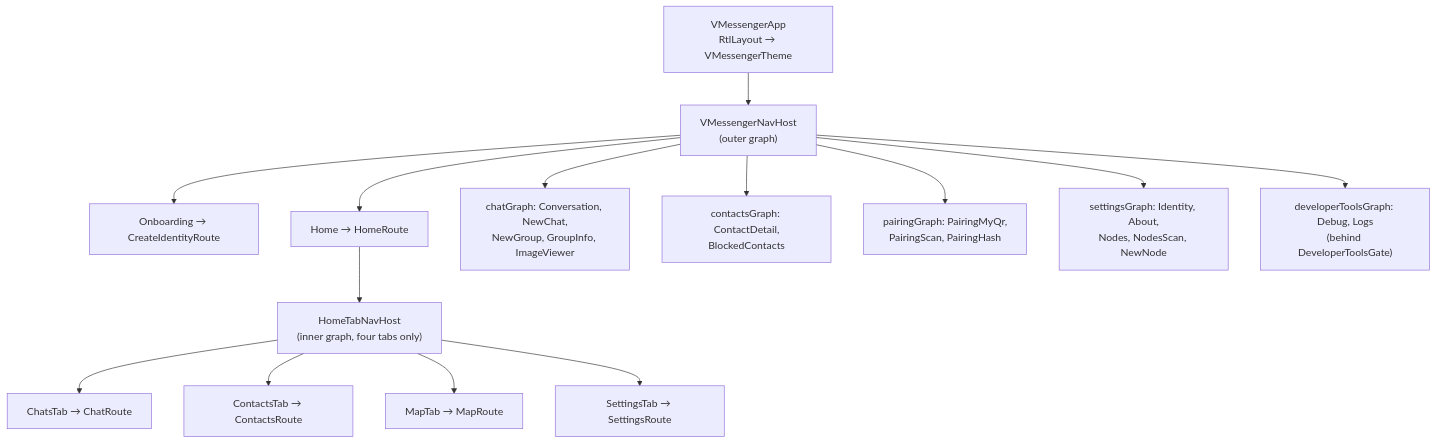
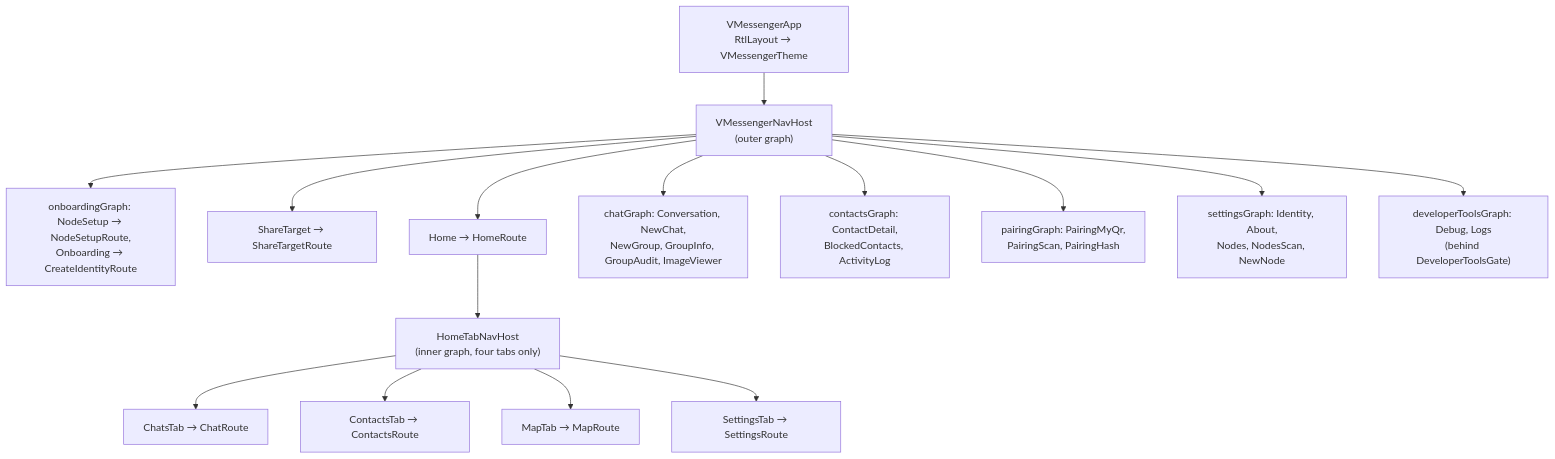
One commit to 0xAsghar/vMessenger changed the diagram in docs/UI.md. Above: the diagram before and after it, drawn with Mermaid. The commit also changed other lines of this file and 16 other files, not shown here.

````diff
--- a/docs/UI.md
+++ b/docs/UI.md
@@ -270,16 +336,17 @@
 ```mermaid
 flowchart TD
   App["VMessengerApp<br/>RtlLayout → VMessengerTheme"] --> Outer["VMessengerNavHost<br/>(outer graph)"]
-  Outer --> Onb["Onboarding → CreateIdentityRoute"]
+  Outer --> Onb["onboardingGraph: NodeSetup → NodeSetupRoute,<br/>Onboarding → CreateIdentityRoute"]
+  Outer --> Share["ShareTarget → ShareTargetRoute"]
   Outer --> Home["Home → HomeRoute"]
-  Outer --> Chat["chatGraph: Conversation, NewChat,<br/>NewGroup, GroupInfo, ImageViewer"]
-  Outer --> Cont["contactsGraph: ContactDetail,<br/>BlockedContacts"]
+  Outer --> Chat["chatGraph: Conversation, NewChat,<br/>NewGroup, GroupInfo, GroupAudit, ImageViewer"]
+  Outer --> Cont["contactsGraph: ContactDetail,<br/>BlockedContacts, ActivityLog"]
   Outer --> Pair["pairingGraph: PairingMyQr,<br/>PairingScan, PairingHash"]
   Outer --> Set["settingsGraph: Identity, About,<br/>Nodes, NodesScan, NewNode"]
   Outer --> Dev["developerToolsGraph: Debug, Logs<br/>(behind DeveloperToolsGate)"]
   Home --> Inner["HomeTabNavHost<br/>(inner graph, four tabs only)"]
   Inner --> T1["ChatsTab → ChatRoute"]
   Inner --> T2["ContactsTab → ContactsRoute"]
   Inner --> T3["MapTab → MapRoute"]
   Inner --> T4["SettingsTab → SettingsRoute"]
 ```
````
